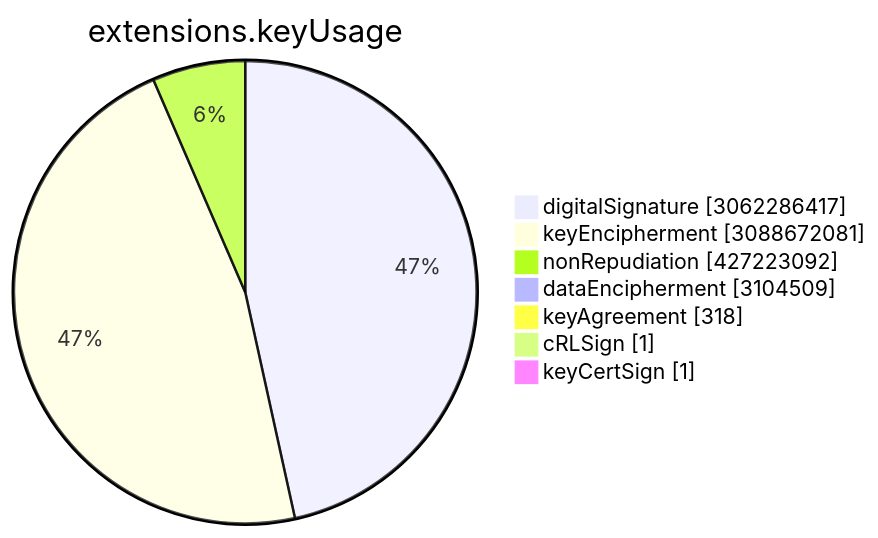
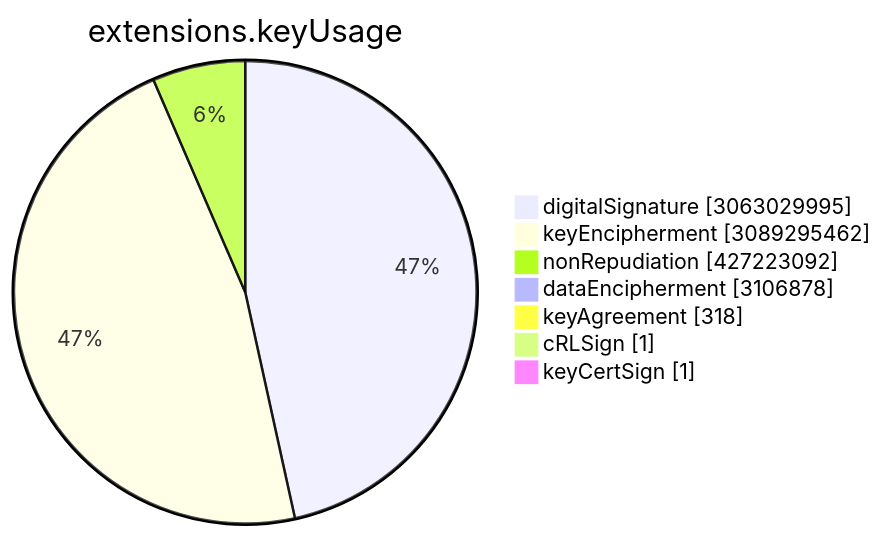
One commit to christiankrug/ctmonitor_visualization changed the sixth of 15 diagrams in TOTAL/README.md. Above: the diagram before and after it, drawn with Mermaid. The commit also changed other lines of this file, not shown here.

````diff
--- a/TOTAL/README.md
+++ b/TOTAL/README.md
@@ -3075,11 +3075,11 @@
 ```mermaid
 pie showData
 title extensions.keyUsage
-"digitalSignature" :3062286417
-"keyEncipherment" :3088672081
+"digitalSignature" :3063029995
+"keyEncipherment" :3089295462
 "nonRepudiation" :427223092
-"dataEncipherment" :3104509
+"dataEncipherment" :3106878
 "keyAgreement" :318
 "cRLSign" :1
 "keyCertSign" :1
 ```
````
